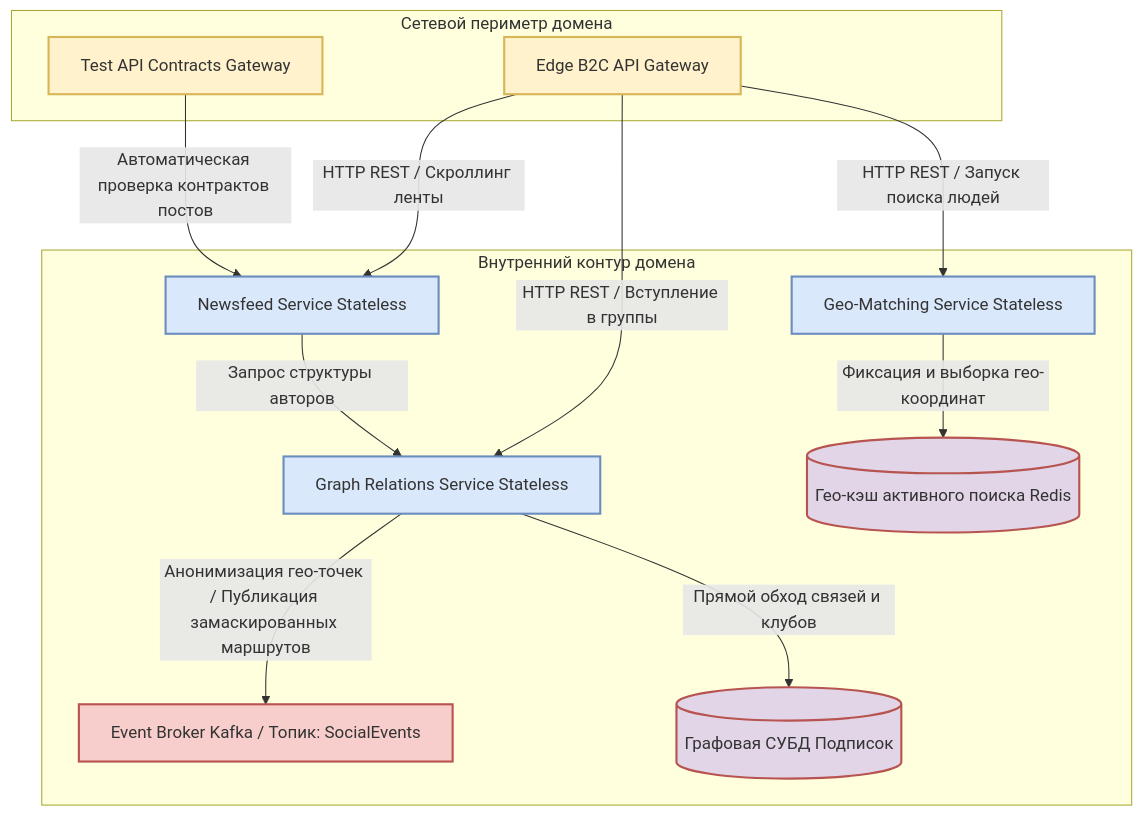
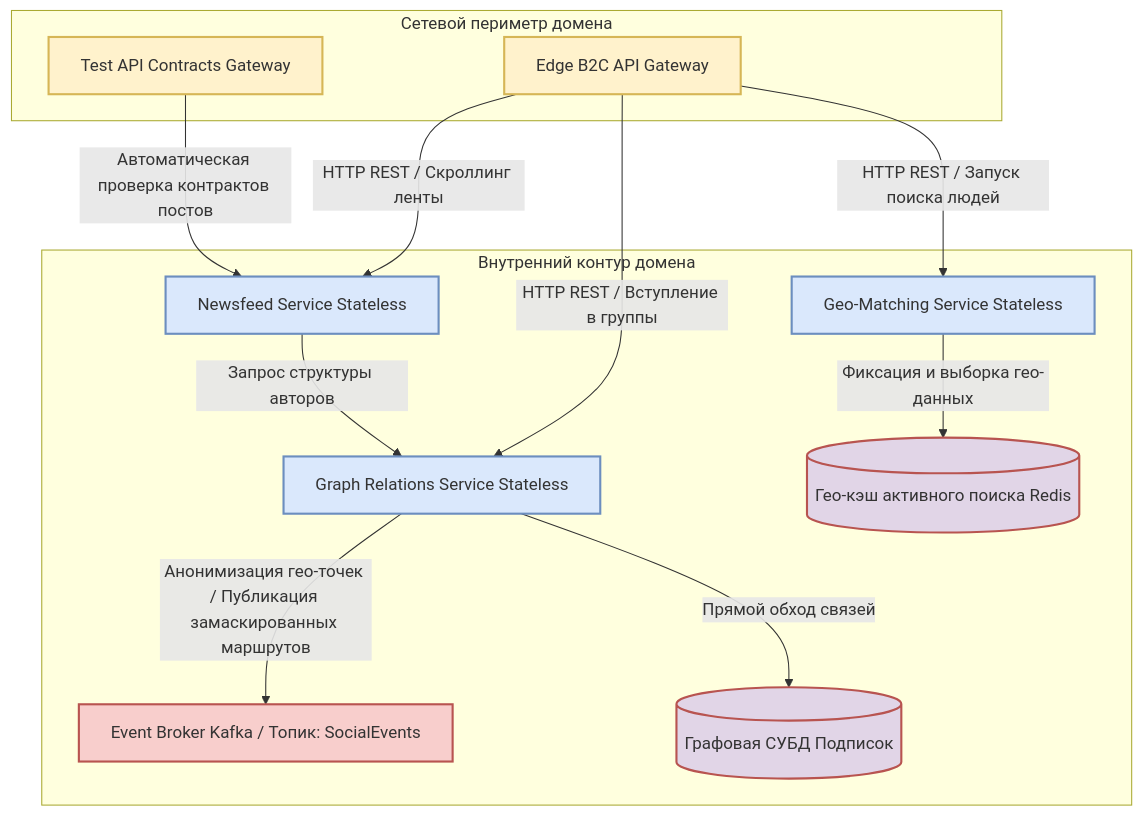
The fourth of 5 diagrams in stage-2-planning/13-component-architecture.md (Maksim-Burning-Inside/Sports-app-architecture), drawn with Mermaid before and after one commit.

````diff
--- a/stage-2-planning/13-component-architecture.md
+++ b/stage-2-planning/13-component-architecture.md
@@ -197,36 +197,36 @@
 ```mermaid
 %%{init: {"flowchart": {"htmlLabels": true, "wrappingWidth": 500}, "themeCSS": ".edgeLabel foreignObject { overflow: visible; !important } .edgeLabel span { white-space: normal; !important; display: block; max-width: 500px; }"}}%%
 graph TD
     %% Описание стилей для красивого отображения
     classDef perimeter fill:#fff2cc,stroke:#d6b656,stroke-width:2px;
     classDef internal fill:#dae8fc,stroke:#6c8ebf,stroke-width:2px;
     classDef db fill:#e1d5e7,stroke:#b85450,stroke-width:2px;
     classDef queue fill:#f8cecc,stroke:#b85450,stroke-width:2px;
 
     subgraph Сетевой периметр домена
         B1[Edge B2C API Gateway]:::perimeter
         B2[Test API Contracts Gateway]:::perimeter
     end
 
     subgraph Внутренний контур домена
         C1[Newsfeed Service Stateless]:::internal
         C2[Graph Relations Service Stateless]:::internal
         C3[Geo-Matching Service Stateless]:::internal
         D1[Event Broker Kafka / Топик: SocialEvents]:::queue
         F1[(Графовая СУБД Подписок)]:::db
         F2[(Гео-кэш активного поиска Redis)]:::db
     end
 
     %% Взаимодействие компонентов и движение трафика
     B1 -->|HTTP REST / Скроллинг ленты| C1
     B1 -->|HTTP REST / Вступление в группы| C2
     B1 -->|HTTP REST / Запуск поиска людей| C3
     
     %% Новая изолированная тестовая связь для выполнения НФТ 1.4
     B2 -->|Автоматическая проверка контрактов постов| C1
     
     C1 -->|Запрос структуры авторов| C2
-    C2 -->|Прямой обход связей и клубов| F1
-    C3 -->|Фиксация и выборка гео-координат| F2
+    C2 -->|Прямой обход связей| F1
+    C3 -->|Фиксация и выборка гео-данных| F2
     C2 -->|Анонимизация гео-точек / Публикация замаскированных маршрутов| D1
 ```
````
